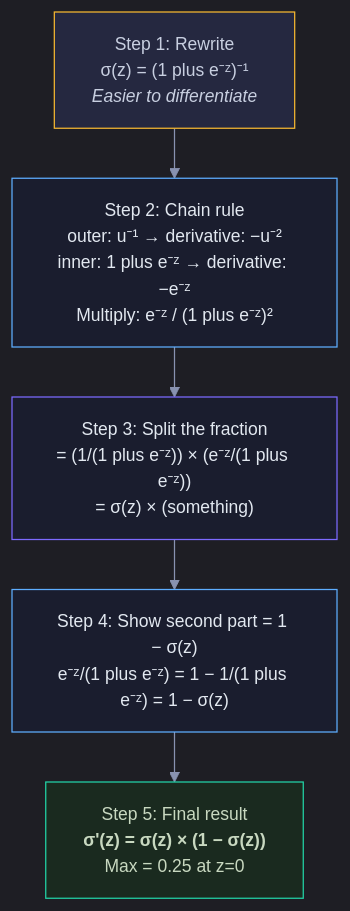
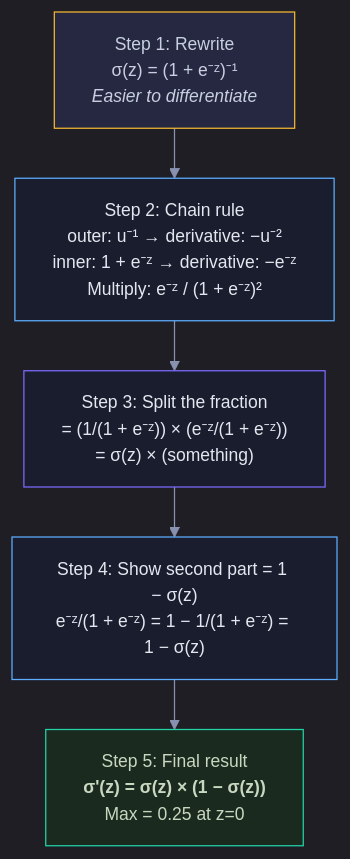
The third of 18 diagrams in Documents/Visual_Guides/Deep_Learning/Neural_Network_Fundamentals_Visual.md (snehith1234/StudyCircle), drawn with Mermaid before and after one commit. The commit also changed other lines of this file and 10 other files, not shown here.

First line of the commit message:
Fix Mermaid formatting and add RNN/LSTM guides

````diff
--- a/Documents/Visual_Guides/Deep_Learning/Neural_Network_Fundamentals_Visual.md
+++ b/Documents/Visual_Guides/Deep_Learning/Neural_Network_Fundamentals_Visual.md
@@ -85,15 +85,15 @@
 ```mermaid
 %%{init: {'theme': 'dark', 'themeVariables': {'darkMode': true, 'background': '#0e1117', 'primaryColor': '#1a1d2e', 'primaryTextColor': '#e2e8f0', 'primaryBorderColor': '#2d3148', 'lineColor': '#8892b0', 'secondaryColor': '#252840', 'tertiaryColor': '#1a1d2e', 'fontSize': '14px', 'edgeLabelBackground': '#0e1117'}, 'flowchart': {'nodeSpacing': 30, 'rankSpacing': 40, 'padding': 15, 'htmlLabels': true}}}%%
 graph TD
-    S1["Step 1: Rewrite<br/>σ(z) = (1 plus e⁻ᶻ)⁻¹<br/><i>Easier to differentiate</i>"]
-    S1 --> S2["Step 2: Chain rule<br/>outer: u⁻¹ → derivative: −u⁻²<br/>inner: 1 plus e⁻ᶻ → derivative: −e⁻ᶻ<br/>Multiply: e⁻ᶻ / (1 plus e⁻ᶻ)²"]
-    S2 --> S3["Step 3: Split the fraction<br/>= (1/(1 plus e⁻ᶻ)) × (e⁻ᶻ/(1 plus e⁻ᶻ))<br/>= σ(z) × (something)"]
-    S3 --> S4["Step 4: Show second part = 1 − σ(z)<br/>e⁻ᶻ/(1 plus e⁻ᶻ) = 1 − 1/(1 plus e⁻ᶻ) = 1 − σ(z)"]
+    S1["Step 1: Rewrite<br/>σ(z) = (1 + e⁻ᶻ)⁻¹<br/><i>Easier to differentiate</i>"]
+    S1 --> S2["Step 2: Chain rule<br/>outer: u⁻¹ → derivative: −u⁻²<br/>inner: 1 + e⁻ᶻ → derivative: −e⁻ᶻ<br/>Multiply: e⁻ᶻ / (1 + e⁻ᶻ)²"]
+    S2 --> S3["Step 3: Split the fraction<br/>= (1/(1 + e⁻ᶻ)) × (e⁻ᶻ/(1 + e⁻ᶻ))<br/>= σ(z) × (something)"]
+    S3 --> S4["Step 4: Show second part = 1 − σ(z)<br/>e⁻ᶻ/(1 + e⁻ᶻ) = 1 − 1/(1 + e⁻ᶻ) = 1 − σ(z)"]
     S4 --> S5["Step 5: Final result<br/><b>σ'(z) = σ(z) × (1 − σ(z))</b><br/>Max = 0.25 at z=0"]
 
     style S1 fill:#252840,stroke:#f5b731,color:#c8cfe0
     style S2 fill:#1a1d2e,stroke:#5eaeff,color:#e2e8f0
     style S3 fill:#1a1d2e,stroke:#7c6aff,color:#e2e8f0
     style S4 fill:#1a1d2e,stroke:#5eaeff,color:#e2e8f0
     style S5 fill:#1a2a1f,stroke:#22d3a7,color:#c8d8c0
 ```
````
